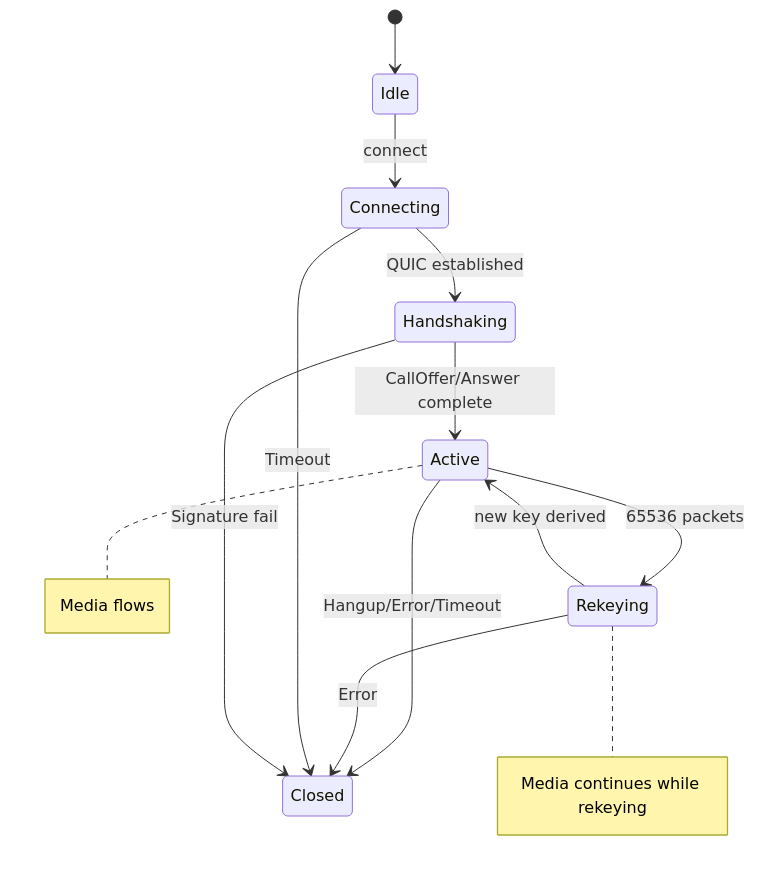
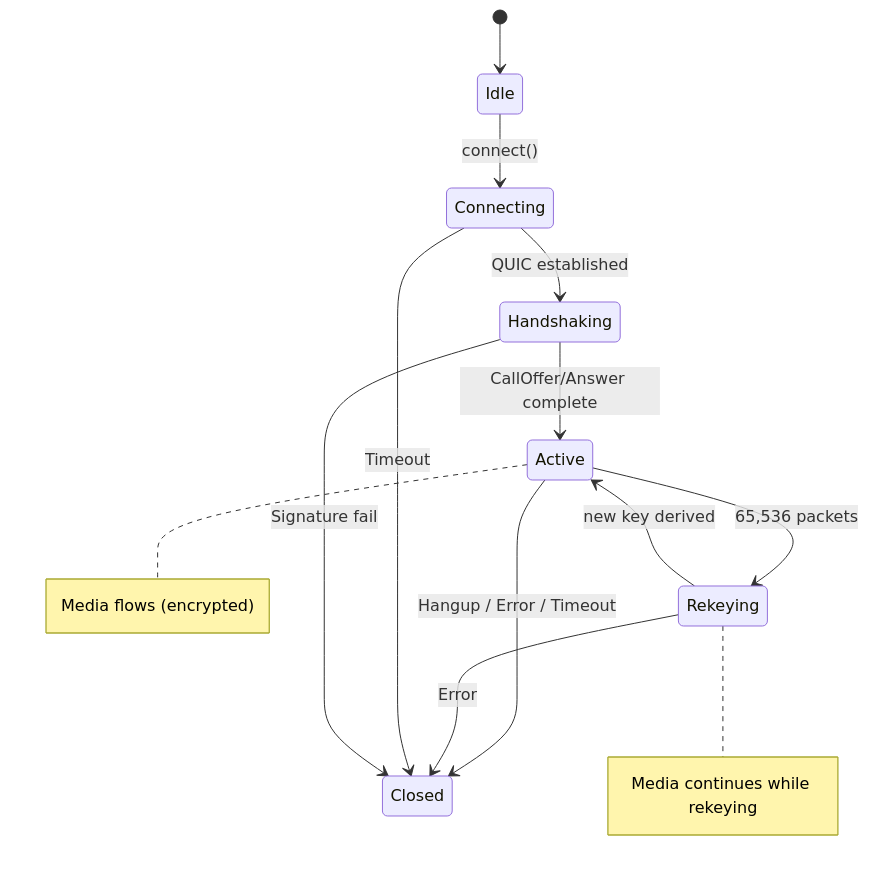
Before and after one commit to manawenuz/wzp: diagram 19 of 19 in docs/ARCHITECTURE.md, drawn with Mermaid. The commit also changed other lines of this file and 3 other files, not shown here.

First line of the commit message:
docs: comprehensive documentation — design, architecture, admin, user guide

````diff
--- a/docs/ARCHITECTURE.md
+++ b/docs/ARCHITECTURE.md
@@ -371,16 +757,16 @@
 ```mermaid
 stateDiagram-v2
     [*] --> Idle
-    Idle --> Connecting: connect
+    Idle --> Connecting: connect()
     Connecting --> Handshaking: QUIC established
     Handshaking --> Active: CallOffer/Answer complete
-    Active --> Rekeying: 65536 packets
+    Active --> Rekeying: 65,536 packets
     Rekeying --> Active: new key derived
-    Active --> Closed: Hangup/Error/Timeout
+    Active --> Closed: Hangup / Error / Timeout
     Rekeying --> Closed: Error
     Connecting --> Closed: Timeout
     Handshaking --> Closed: Signature fail
 
-    note right of Active: Media flows
+    note right of Active: Media flows (encrypted)
     note right of Rekeying: Media continues while rekeying
 ```
````
